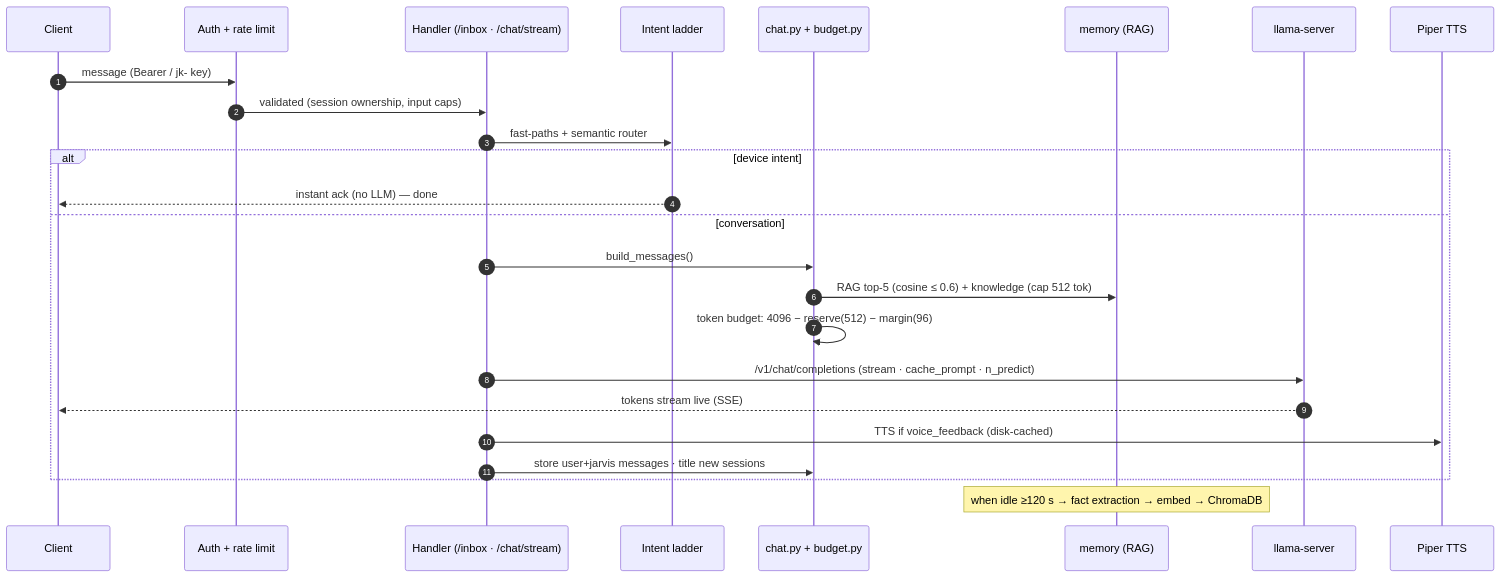
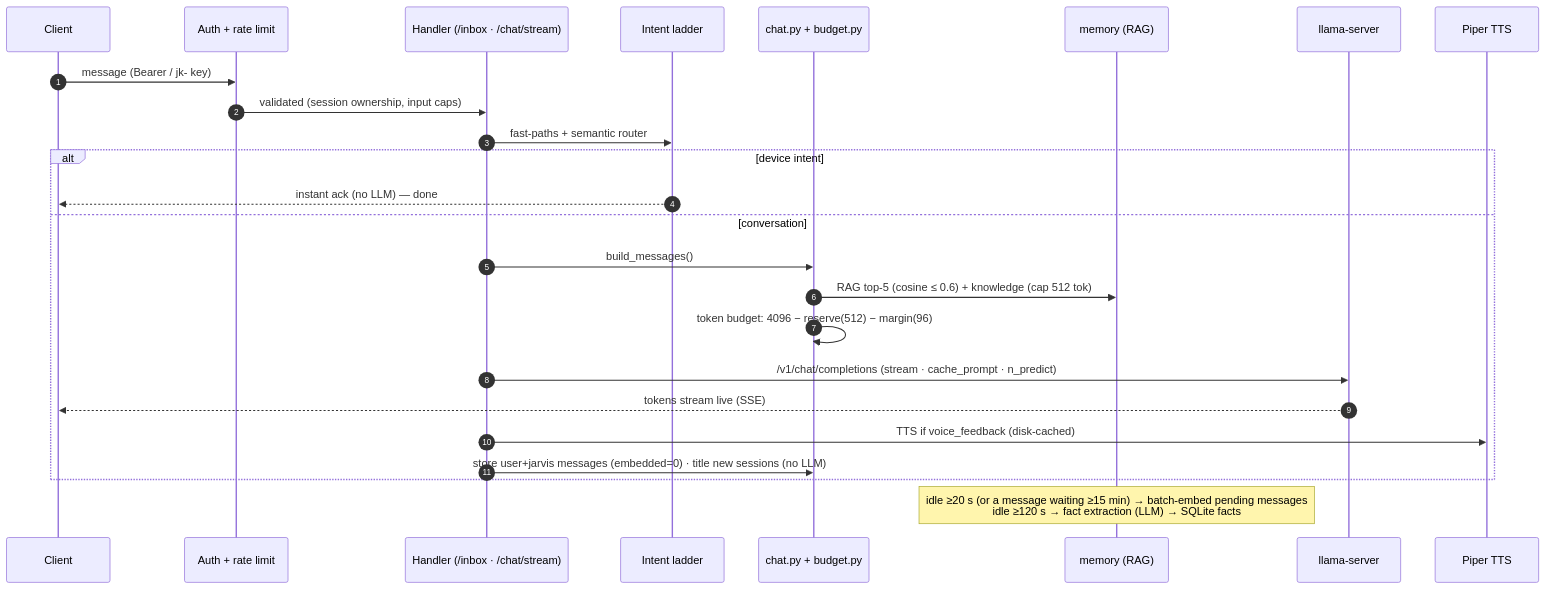
Before and after one commit to Ravijangid820/jarvis: the third of 10 diagrams in docs/DIAGRAMS.md, drawn with Mermaid. The commit also changed other lines of this file and 10 other files, not shown here.

````diff
--- a/docs/DIAGRAMS.md
+++ b/docs/DIAGRAMS.md
@@ -70,27 +70,27 @@
 ```mermaid
 sequenceDiagram
   autonumber
   participant U as Client
   participant MW as Auth + rate limit
   participant H as Handler (/inbox · /chat/stream)
   participant IR as Intent ladder
   participant C as chat.py + budget.py
   participant M as memory (RAG)
   participant L as llama-server
   participant T as Piper TTS
   U->>MW: message (Bearer / jk- key)
   MW->>H: validated (session ownership, input caps)
   H->>IR: fast-paths + semantic router
   alt device intent
     IR-->>U: instant ack (no LLM) — done
   else conversation
     H->>C: build_messages()
     C->>M: RAG top-5 (cosine ≤ 0.6) + knowledge (cap 512 tok)
     C->>C: token budget: 4096 − reserve(512) − margin(96)
     H->>L: /v1/chat/completions (stream · cache_prompt · n_predict)
     L-->>U: tokens stream live (SSE)
     H->>T: TTS if voice_feedback (disk-cached)
-    H->>C: store user+jarvis messages · title new sessions
+    H->>C: store user+jarvis messages (embedded=0) · title new sessions (no LLM)
   end
-  Note over M: when idle ≥120 s → fact extraction → embed → ChromaDB
+  Note over M: idle ≥20 s (or a message waiting ≥15 min) → batch-embed pending messages<br/>idle ≥120 s → fact extraction (LLM) → SQLite facts
 ```
````
